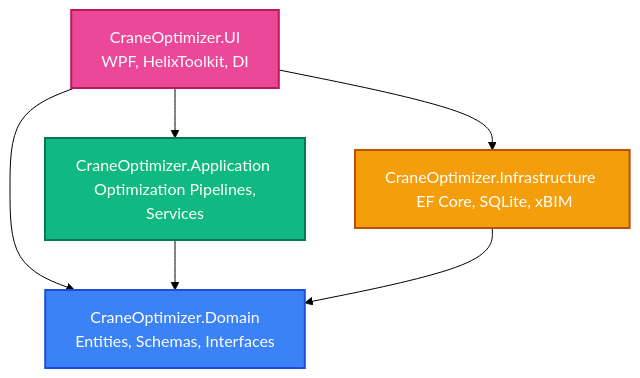
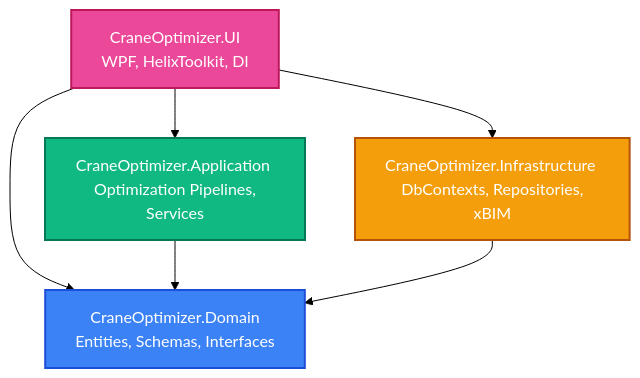
One commit to ITI-intake46/CranePathOptimizer changed the diagram in docs/architecture/system-overview.md. Above: the diagram before and after it, drawn with Mermaid (forest theme). The commit also changed other lines of this file and 23 other files, not shown here.

First line of the commit message:
docs: add comprehensive architectural and technical debt review

````diff
--- a/docs/architecture/system-overview.md
+++ b/docs/architecture/system-overview.md
@@ -9,13 +9,13 @@
 ```mermaid
 graph TD
     UI[CraneOptimizer.UI <br/> WPF, HelixToolkit, DI] --> Application[CraneOptimizer.Application <br/> Optimization Pipelines, Services]
-    UI --> Infrastructure[CraneOptimizer.Infrastructure <br/> EF Core, SQLite, xBIM]
+    UI --> Infrastructure[CraneOptimizer.Infrastructure <br/> DbContexts, Repositories, xBIM]
     UI --> Domain[CraneOptimizer.Domain <br/> Entities, Schemas, Interfaces]
     Application --> Domain
     Infrastructure --> Domain
     
     style Domain fill:#3b82f6,stroke:#1d4ed8,stroke-width:2px,color:#fff
     style Application fill:#10b981,stroke:#047857,stroke-width:2px,color:#fff
     style Infrastructure fill:#f59e0b,stroke:#b45309,stroke-width:2px,color:#fff
     style UI fill:#ec4899,stroke:#be185d,stroke-width:2px,color:#fff
 ```
````
